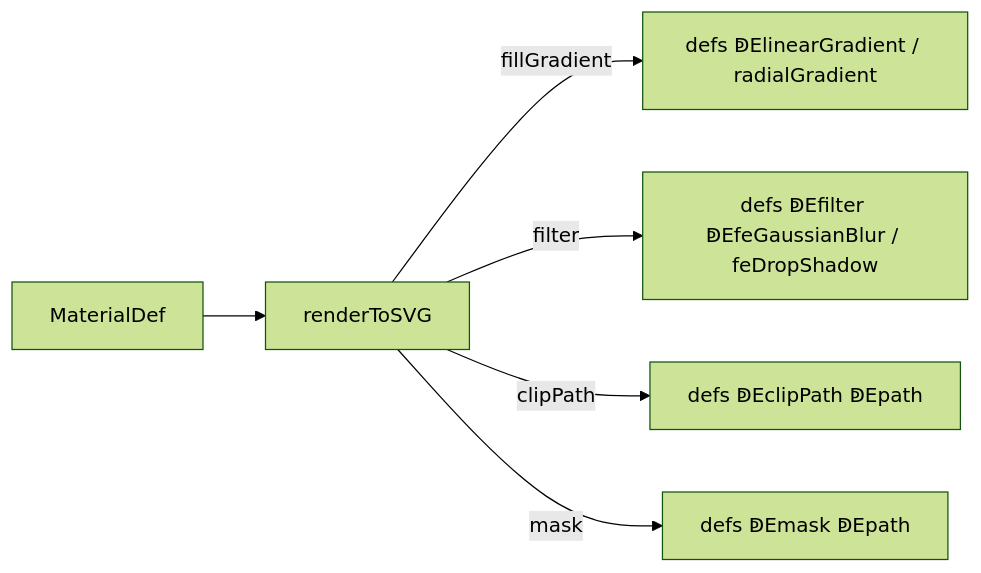
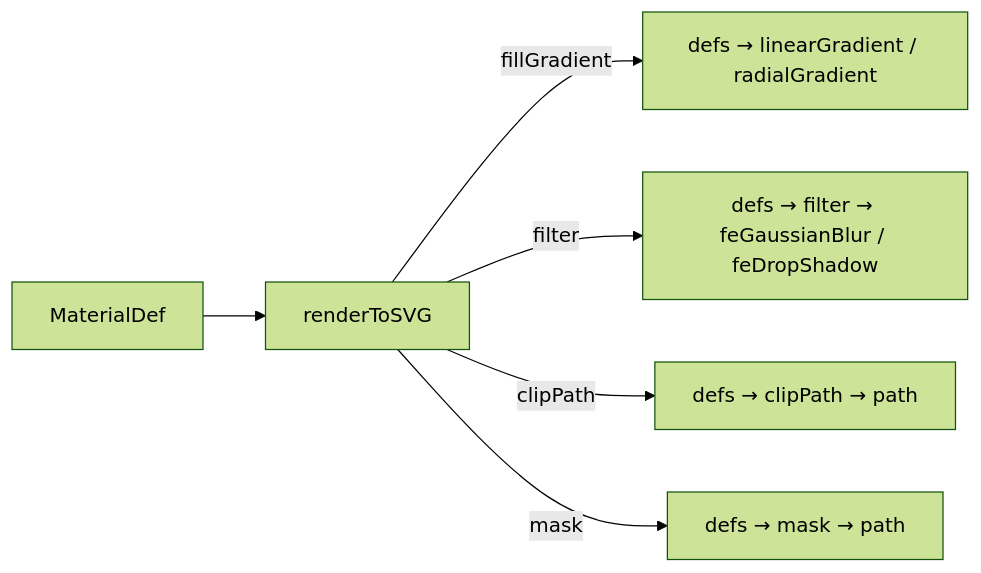
The diagram in apps/web/src/content/tutorials/09-svg-gradients-filters.md (joshuacba08/oroya-animate), drawn with Mermaid (forest theme) before and after one commit. The commit also changed other lines of this file and 271 other files, not shown here.

````diff
--- a/apps/web/src/content/tutorials/09-svg-gradients-filters.md
+++ b/apps/web/src/content/tutorials/09-svg-gradients-filters.md
@@ -20,8 +20,8 @@
 ```mermaid
 graph LR
     MD["MaterialDef"] --> R["renderToSVG"]
-    R -->|"fillGradient"| D1["defs ↁElinearGradient / radialGradient"]
-    R -->|"filter"| D2["defs ↁEfilter ↁEfeGaussianBlur / feDropShadow"]
-    R -->|"clipPath"| D3["defs ↁEclipPath ↁEpath"]
-    R -->|"mask"| D4["defs ↁEmask ↁEpath"]
+    R -->|"fillGradient"| D1["defs → linearGradient / radialGradient"]
+    R -->|"filter"| D2["defs → filter → feGaussianBlur / feDropShadow"]
+    R -->|"clipPath"| D3["defs → clipPath → path"]
+    R -->|"mask"| D4["defs → mask → path"]
 ```
````
